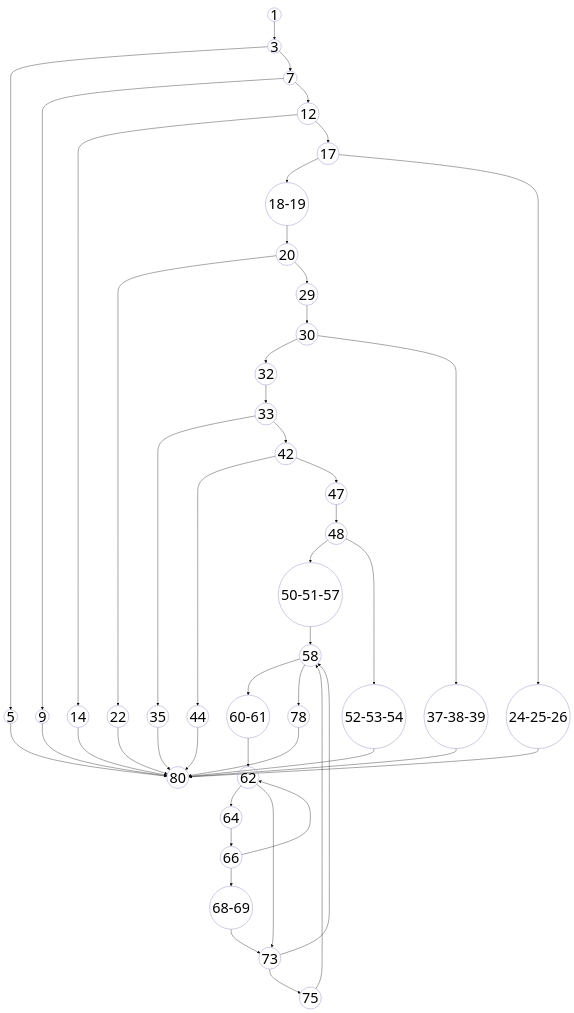
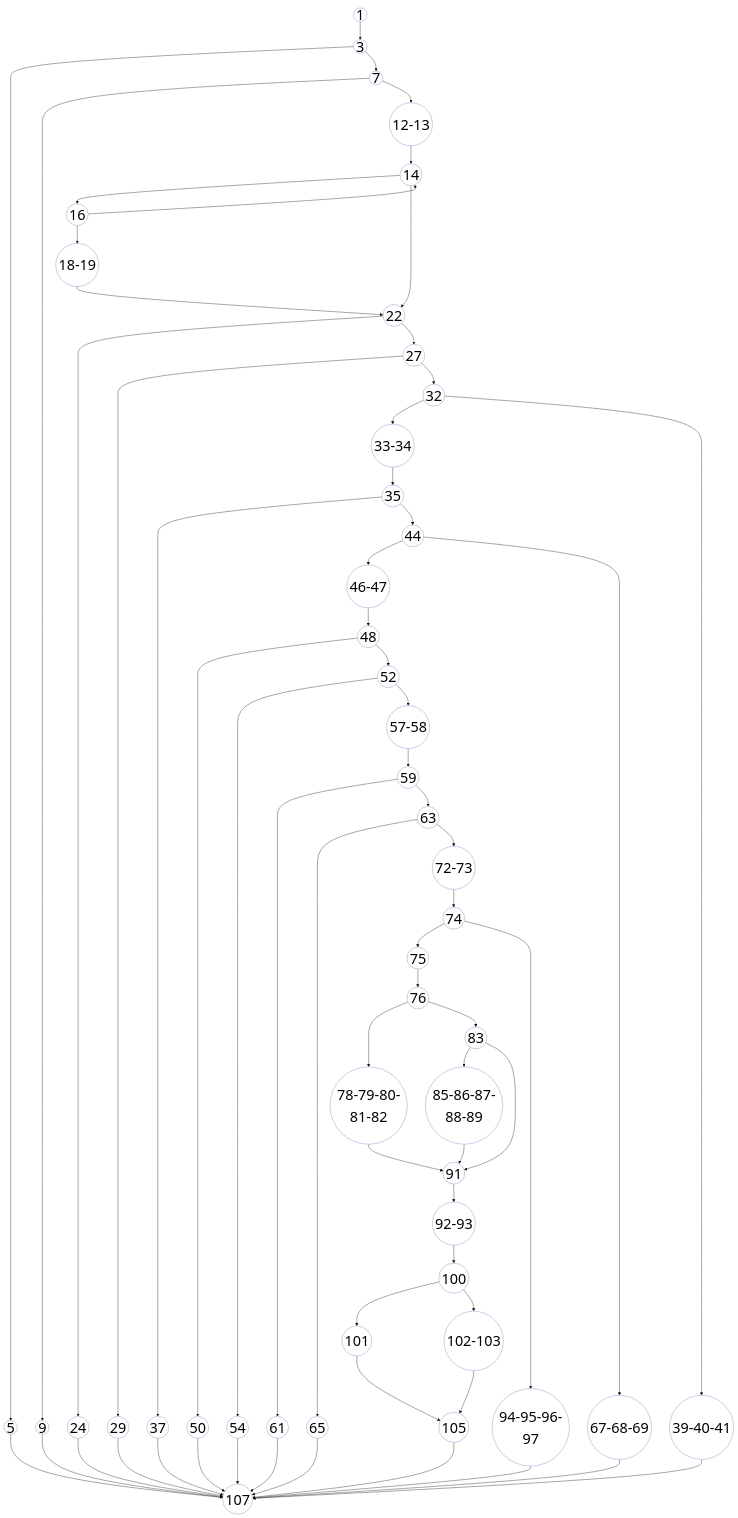
The diagram in SE/ideathon/pseudocode/flowcharts/UC-15.mmd (aryanhrc3428/Semester-5), drawn with Mermaid before and after one commit. The commit also changed 47 other files, not shown here.

```diff
--- a/SE/ideathon/pseudocode/flowcharts/UC-15.mmd
+++ b/SE/ideathon/pseudocode/flowcharts/UC-15.mmd
@@ -1,80 +1,102 @@
 ---
 config:
   theme: base
   themeVariables:
     fontSize: '40px'
 ---
 graph TD
     %% Base styling matching the reference CFG style
     classDef default fill:none,stroke:#a3a3d1,stroke-width:1.5px,color:#000;
     
     1((1)) --> 3((3))
     
     3 --> 5((5))
     3 --> 7((7))
     
     7 --> 9((9))
-    7 --> 12((12))
+    7 --> 12-13((12-13))
     
-    12 --> 14((14))
-    12 --> 17((17))
+    12-13 --> 14((14))
     
-    17 --> 18-19((18-19))
-    17 --> 24-25-26((24-25-26))
+    14 --> 16((16))
+    14 --> 22((22))
     
-    18-19 --> 20((20))
+    16 --> 18-19((18-19))
+    16 --> 14
     
-    20 --> 22((22))
-    20 --> 29((29))
+    18-19 --> 22
     
-    29 --> 30((30))
+    22 --> 24((24))
+    22 --> 27((27))
     
-    30 --> 32((32))
-    30 --> 37-38-39((37-38-39))
+    27 --> 29((29))
+    27 --> 32((32))
     
-    32 --> 33((33))
+    32 --> 33-34((33-34))
+    32 --> 39-40-41((39-40-41))
     
-    33 --> 35((35))
-    33 --> 42((42))
+    33-34 --> 35((35))
     
-    42 --> 44((44))
-    42 --> 47((47))
+    35 --> 37((37))
+    35 --> 44((44))
     
-    47 --> 48((48))
+    44 --> 46-47((46-47))
+    44 --> 67-68-69((67-68-69))
     
-    48 --> 50-51-57((50-51-57))
-    48 --> 52-53-54((52-53-54))
+    46-47 --> 48((48))
     
-    50-51-57 --> 58((58))
+    48 --> 50((50))
+    48 --> 52((52))
     
-    58 --> 60-61((60-61))
-    58 --> 78((78))
+    52 --> 54((54))
+    52 --> 57-58((57-58))
     
-    60-61 --> 62((62))
+    57-58 --> 59((59))
     
-    62 --> 64((64))
-    62 --> 73((73))
+    59 --> 61((61))
+    59 --> 63((63))
     
-    64 --> 66((66))
+    63 --> 65((65))
+    63 --> 72-73((72-73))
     
-    66 --> 68-69((68-69))
-    66 --> 62
+    72-73 --> 74((74))
     
-    68-69 --> 73
+    74 --> 75((75))
+    74 --> 94-95-96-97((94-95-96-97))
     
-    73 --> 75((75))
-    73 --> 58
+    75 --> 76((76))
     
-    75 --> 58
+    76 --> 78-79-80-81-82((78-79-80-81-82))
+    76 --> 83((83))
     
-    %% Terminal error returns and catches syncing to the final end node (80)
-    5 --> 80((80))
-    9 --> 80
-    14 --> 80
-    22 --> 80
-    24-25-26 --> 80
-    35 --> 80
-    37-38-39 --> 80
-    44 --> 80
-    52-53-54 --> 80
-    78 --> 80
+    78-79-80-81-82 --> 91((91))
+    
+    83 --> 85-86-87-88-89((85-86-87-88-89))
+    83 --> 91
+    
+    85-86-87-88-89 --> 91
+    
+    91 --> 92-93((92-93))
+    92-93 --> 100((100))
+    
+    100 --> 101((101))
+    100 --> 102-103((102-103))
+    
+    101 --> 105((105))
+    
+    102-103 --> 105
+    
+    %% Terminal error returns and catches syncing to the final end node (107)
+    5 --> 107((107))
+    9 --> 107
+    24 --> 107
+    29 --> 107
+    37 --> 107
+    39-40-41 --> 107
+    50 --> 107
+    54 --> 107
+    61 --> 107
+    65 --> 107
+    67-68-69 --> 107
+    94-95-96-97 --> 107
+    105 --> 107
```
